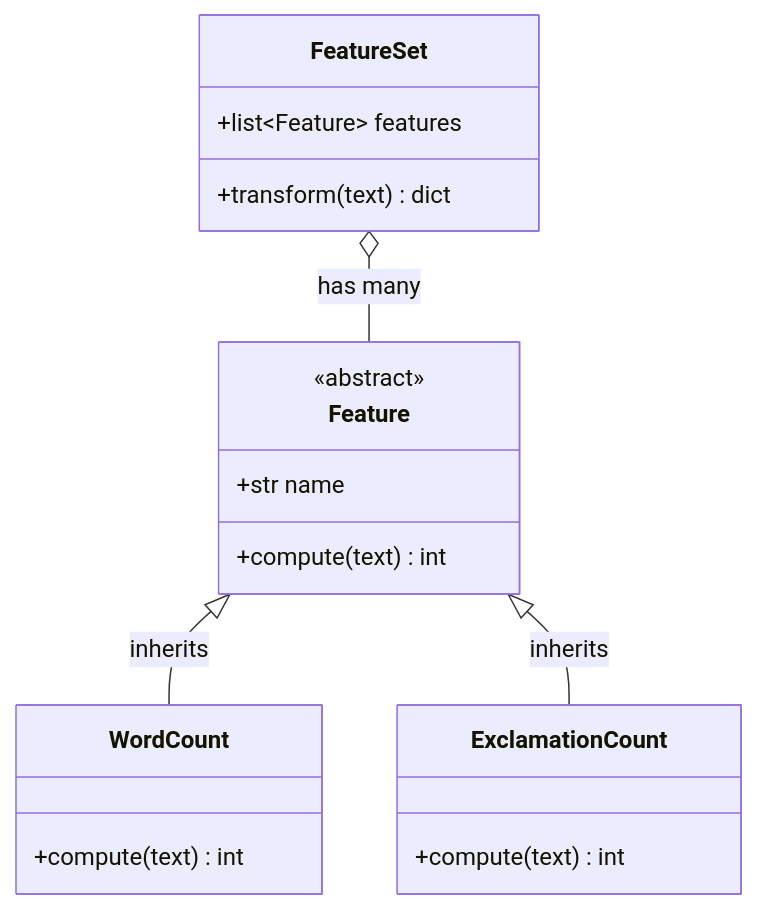
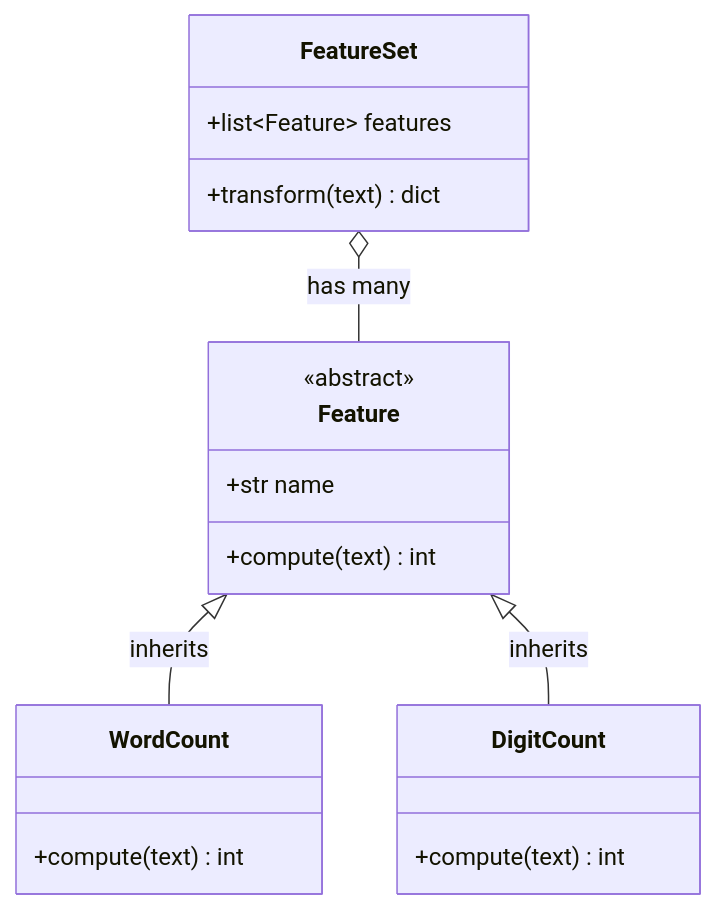
Before and after one commit to khoadaniel/statistical-programming-mpmd-htw-ws-2026: the second of 4 diagrams in sessions/02-software-engineering/theory/01-oop-errors-and-tests.md, drawn with Mermaid. The commit also changed other lines of this file and 268 other files, not shown here.

````diff
--- a/sessions/02-software-engineering/theory/01-oop-errors-and-tests.md
+++ b/sessions/02-software-engineering/theory/01-oop-errors-and-tests.md
@@ -27,21 +27,21 @@
 ```mermaid
 classDiagram
   class Feature {
     <<abstract>>
     +str name
     +compute(text) int
   }
   class WordCount {
     +compute(text) int
   }
-  class ExclamationCount {
+  class DigitCount {
     +compute(text) int
   }
   class FeatureSet {
     +list~Feature~ features
     +transform(text) dict
   }
   Feature <|-- WordCount : inherits
-  Feature <|-- ExclamationCount : inherits
+  Feature <|-- DigitCount : inherits
   FeatureSet o-- Feature : has many
 ```
````
